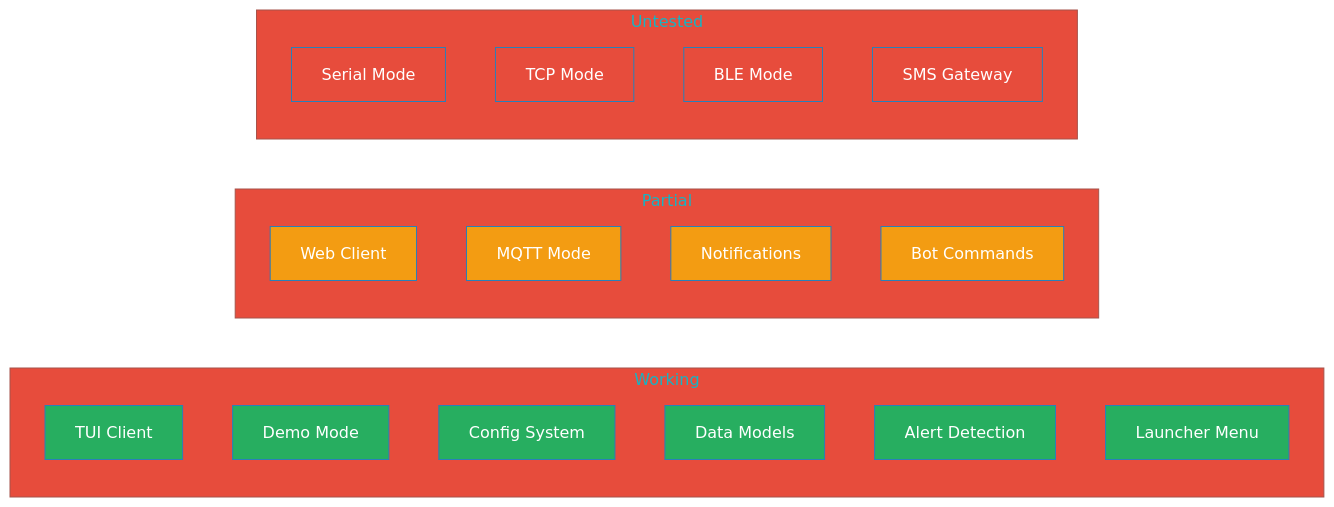
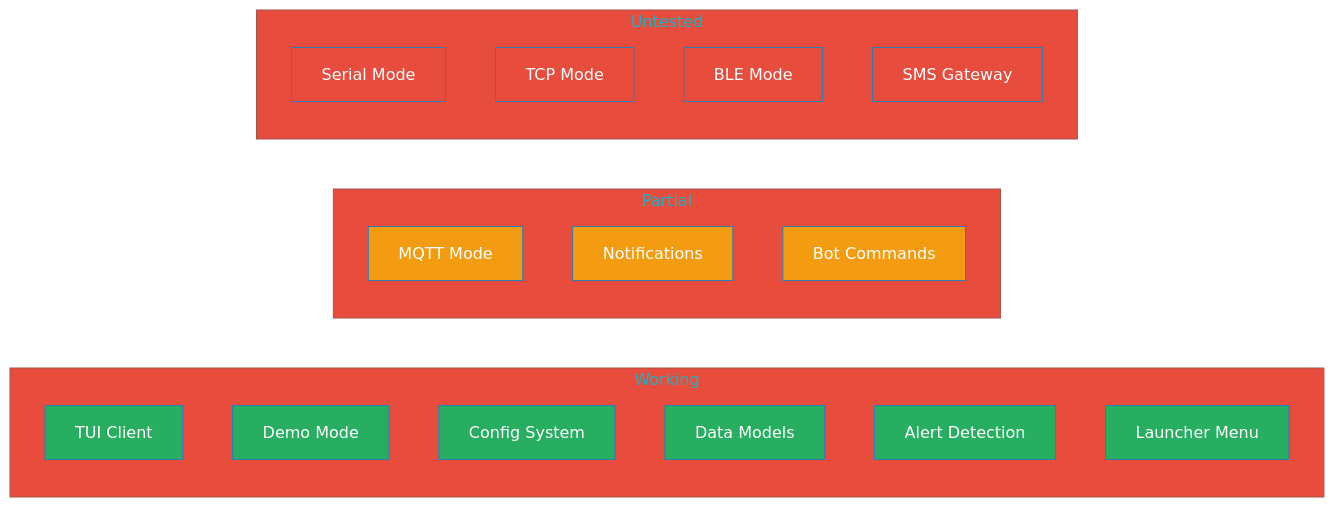
Before and after one commit to Nursedude/meshing_around_meshforge: the first of 5 diagrams in README.md, drawn with Mermaid. The commit also changed other lines of this file and 24 other files, not shown here.

````diff
--- a/README.md
+++ b/README.md
@@ -46,41 +46,39 @@
 ```mermaid
 %%{init: {'theme': 'base', 'themeVariables': { 'primaryColor': '#4a9eff', 'primaryTextColor': '#fff', 'primaryBorderColor': '#2980b9', 'lineColor': '#666', 'secondaryColor': '#27ae60', 'tertiaryColor': '#e74c3c'}}}%%
 graph LR
     subgraph "Working"
         TUI[TUI Client]
         DEMO[Demo Mode]
         CFG[Config System]
         MODELS[Data Models]
         ALERTS[Alert Detection]
         LAUNCH[Launcher Menu]
     end
 
     subgraph "Partial"
-        WEB[Web Client]
         MQTT[MQTT Mode]
         NOTIFY[Notifications]
         CMDS[Bot Commands]
     end
 
     subgraph "Untested"
         SERIAL[Serial Mode]
         TCP[TCP Mode]
         BLE[BLE Mode]
         SMS[SMS Gateway]
     end
 
     style TUI fill:#27ae60,color:#fff
     style DEMO fill:#27ae60,color:#fff
     style CFG fill:#27ae60,color:#fff
     style MODELS fill:#27ae60,color:#fff
     style ALERTS fill:#27ae60,color:#fff
     style LAUNCH fill:#27ae60,color:#fff
-    style WEB fill:#f39c12,color:#fff
     style MQTT fill:#f39c12,color:#fff
     style NOTIFY fill:#f39c12,color:#fff
     style CMDS fill:#f39c12,color:#fff
     style SERIAL fill:#e74c3c,color:#fff
     style TCP fill:#e74c3c,color:#fff
     style BLE fill:#e74c3c,color:#fff
     style SMS fill:#e74c3c,color:#fff
 ```
````
